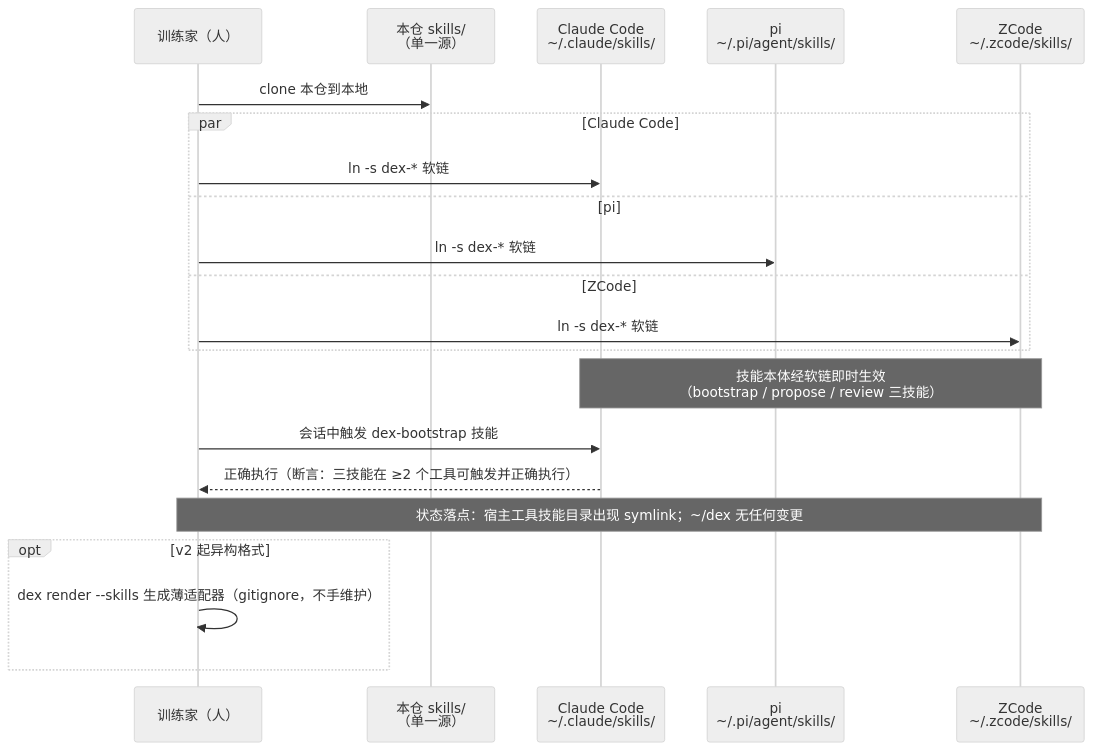
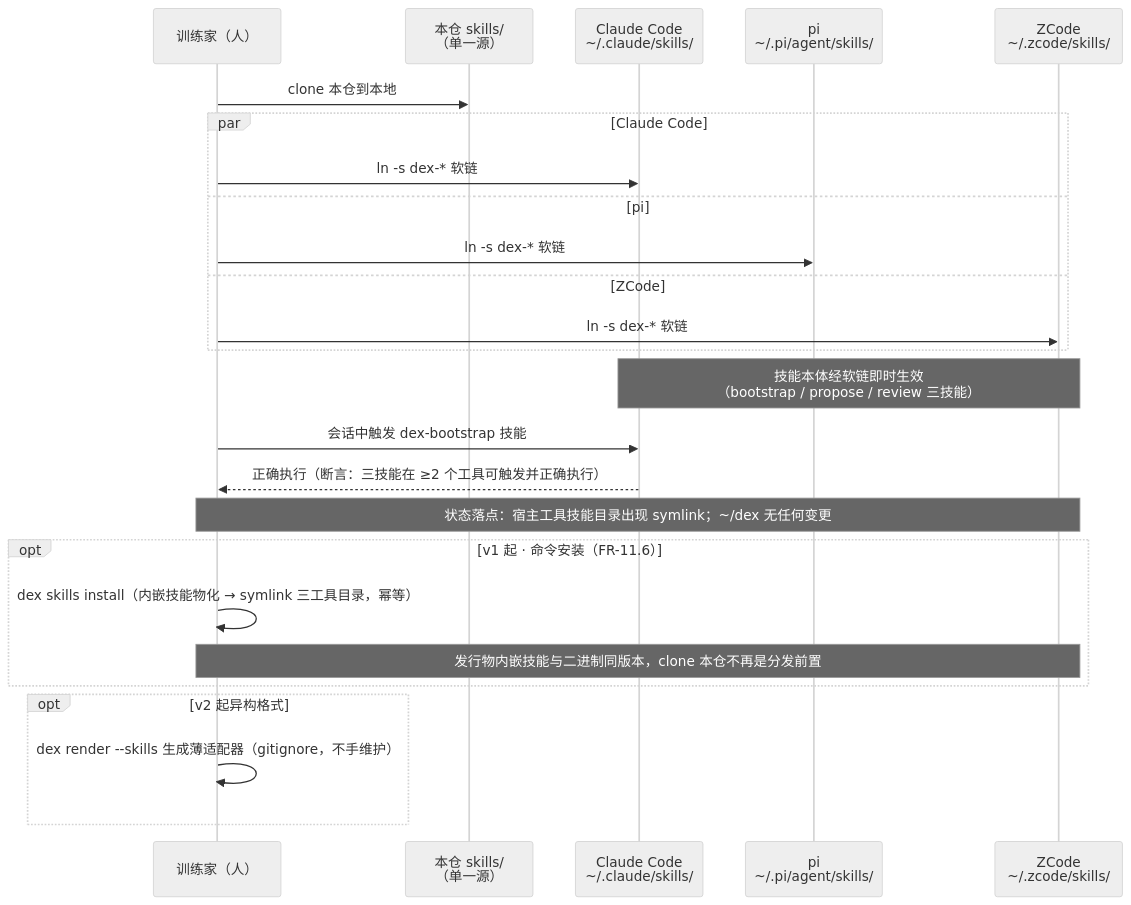
Before and after one commit to Jo0OCTsai/pokemon-remember-you: the first of 14 diagrams in docs/SCENARIO_WALKTHROUGH.md, drawn with Mermaid (neutral theme). The commit also changed other lines of this file and 2 other files, not shown here.

````diff
--- a/docs/SCENARIO_WALKTHROUGH.md
+++ b/docs/SCENARIO_WALKTHROUGH.md
@@ -32,24 +32,28 @@
 ```mermaid
 sequenceDiagram
     participant H as 训练家（人）
     participant R as 本仓 skills/<br/>（单一源）
     participant CC as Claude Code<br/>~/.claude/skills/
     participant PI as pi<br/>~/.pi/agent/skills/
     participant ZC as ZCode<br/>~/.zcode/skills/
 
     H->>R: clone 本仓到本地
     par Claude Code
         H->>CC: ln -s dex-* 软链
     and pi
         H->>PI: ln -s dex-* 软链
     and ZCode
         H->>ZC: ln -s dex-* 软链
     end
     Note over CC,ZC: 技能本体经软链即时生效<br/>（bootstrap / propose / review 三技能）
     H->>CC: 会话中触发 dex-bootstrap 技能
     CC-->>H: 正确执行（断言：三技能在 ≥2 个工具可触发并正确执行）
     Note over H,ZC: 状态落点：宿主工具技能目录出现 symlink；~/dex 无任何变更
+    opt v1 起 · 命令安装（FR-11.6）
+        H->>H: dex skills install（内嵌技能物化 → symlink 三工具目录，幂等）
+        Note over H,ZC: 发行物内嵌技能与二进制同版本，clone 本仓不再是分发前置
+    end
     opt v2 起异构格式
         H->>H: dex render --skills 生成薄适配器（gitignore，不手维护）
     end
 ```
````
